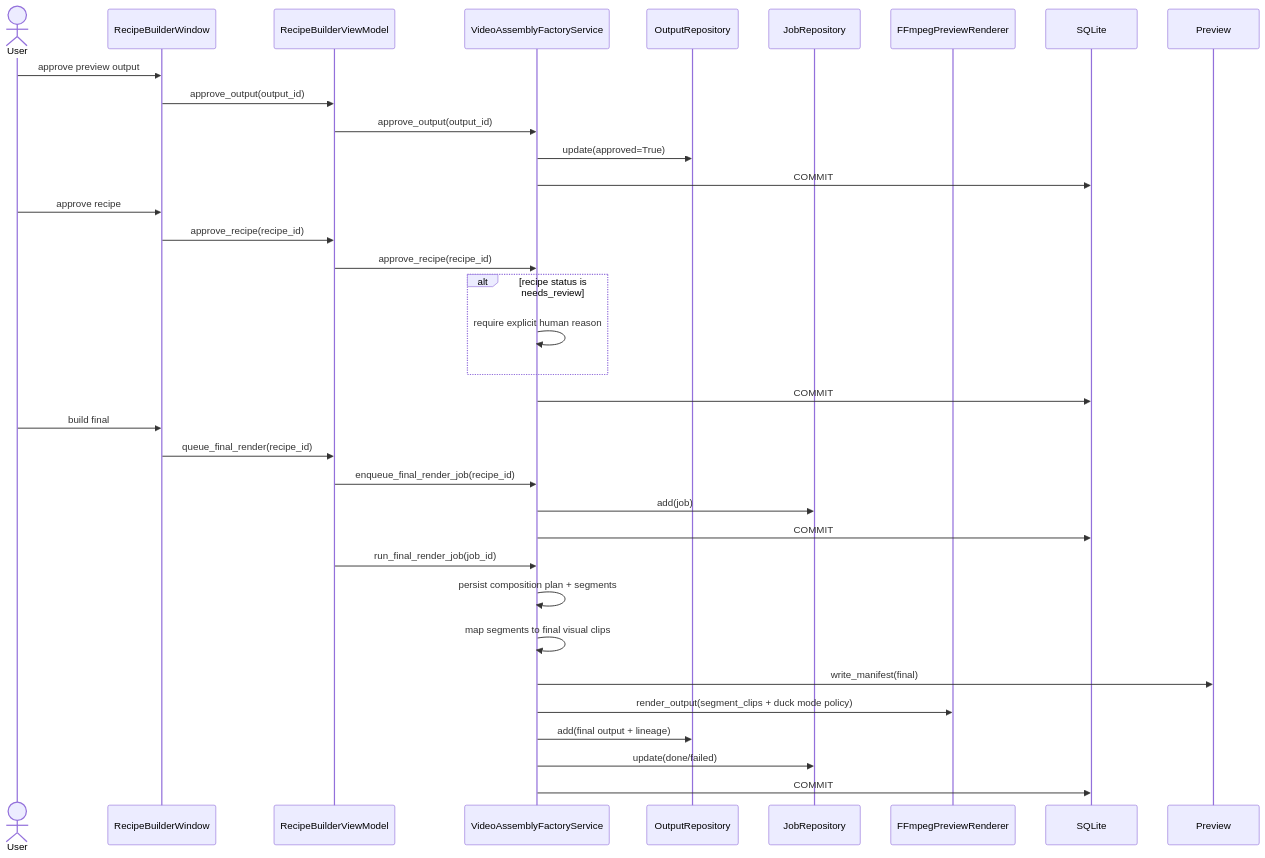
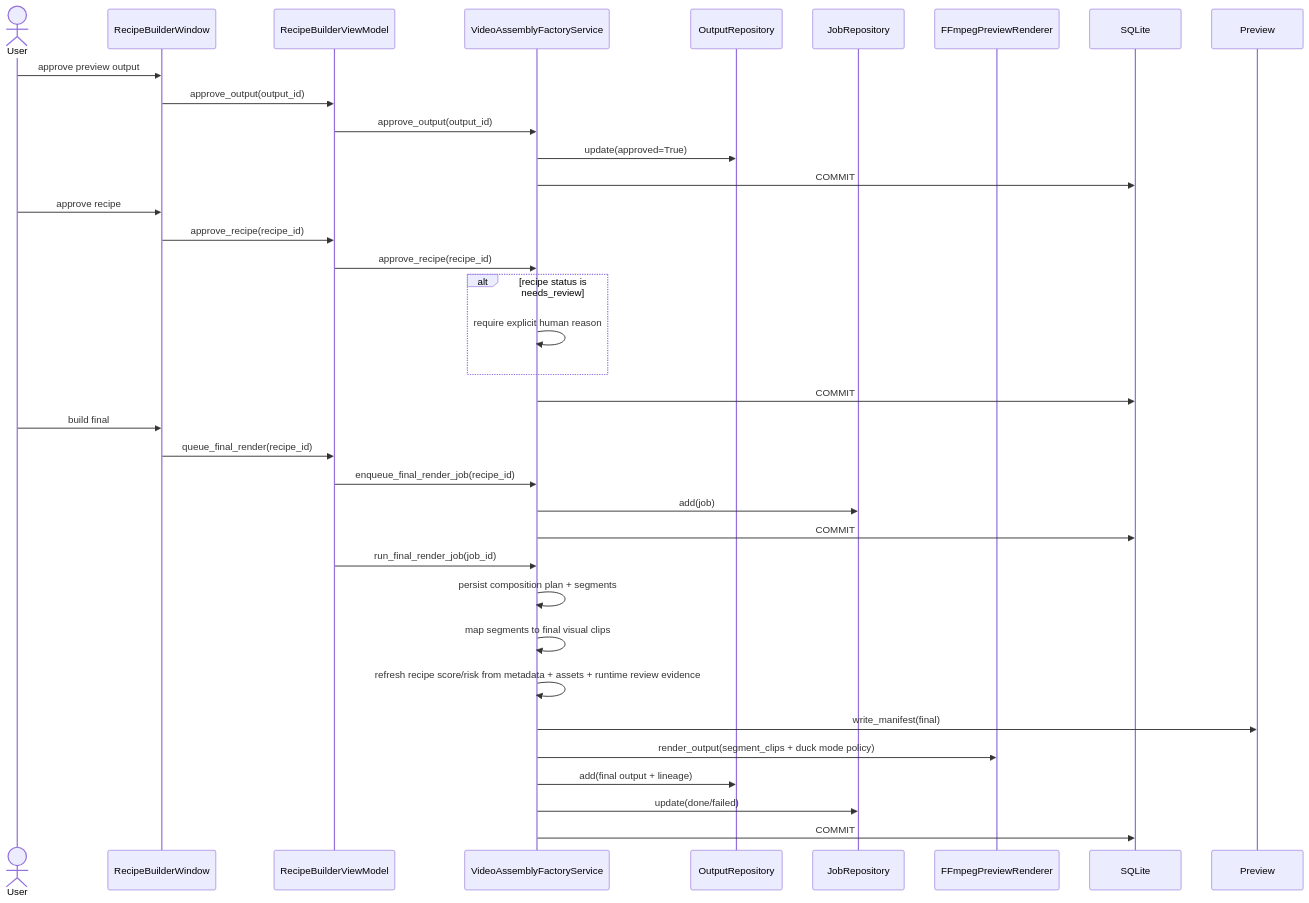
Before and after one commit to idev006/MTClipFactory: the fifth of 14 diagrams in doc/10_UML_System_Overview.md, drawn with Mermaid. The commit also changed other lines of this file and 21 other files, not shown here.

````diff
--- a/doc/10_UML_System_Overview.md
+++ b/doc/10_UML_System_Overview.md
@@ -357,37 +367,38 @@
 ```mermaid
 sequenceDiagram
     actor User
     participant View as RecipeBuilderWindow
     participant VM as RecipeBuilderViewModel
     participant Factory as VideoAssemblyFactoryService
     participant Out as OutputRepository
     participant JobRepo as JobRepository
     participant Render as FFmpegPreviewRenderer
     participant DB as SQLite
 
     User->>View: approve preview output
     View->>VM: approve_output(output_id)
     VM->>Factory: approve_output(output_id)
     Factory->>Out: update(approved=True)
     Factory->>DB: COMMIT
     User->>View: approve recipe
     View->>VM: approve_recipe(recipe_id)
     VM->>Factory: approve_recipe(recipe_id)
     alt recipe status is needs_review
         Factory->>Factory: require explicit human reason
     end
     Factory->>DB: COMMIT
     User->>View: build final
     View->>VM: queue_final_render(recipe_id)
     VM->>Factory: enqueue_final_render_job(recipe_id)
     Factory->>JobRepo: add(job)
     Factory->>DB: COMMIT
     VM->>Factory: run_final_render_job(job_id)
     Factory->>Factory: persist composition plan + segments
     Factory->>Factory: map segments to final visual clips
+    Factory->>Factory: refresh recipe score/risk from metadata + assets + runtime review evidence
     Factory->>Preview: write_manifest(final)
     Factory->>Render: render_output(segment_clips + duck mode policy)
     Factory->>Out: add(final output + lineage)
     Factory->>JobRepo: update(done/failed)
     Factory->>DB: COMMIT
 ```
````
